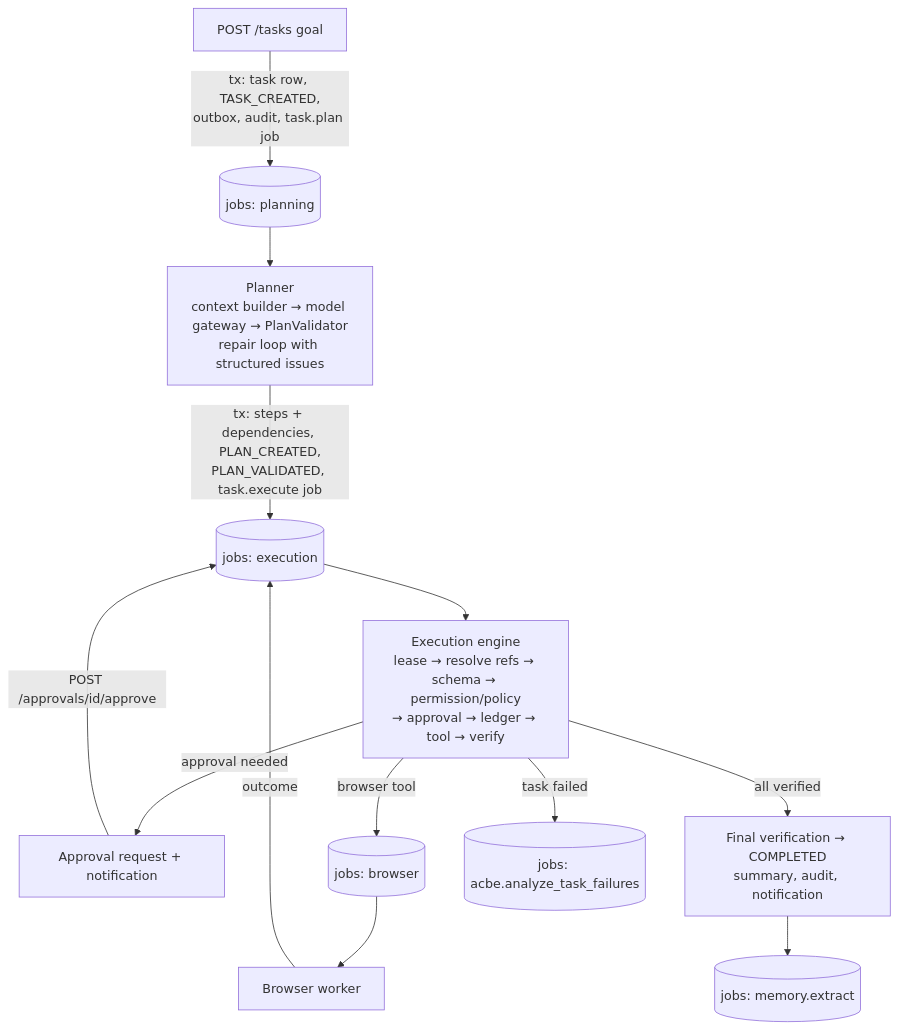
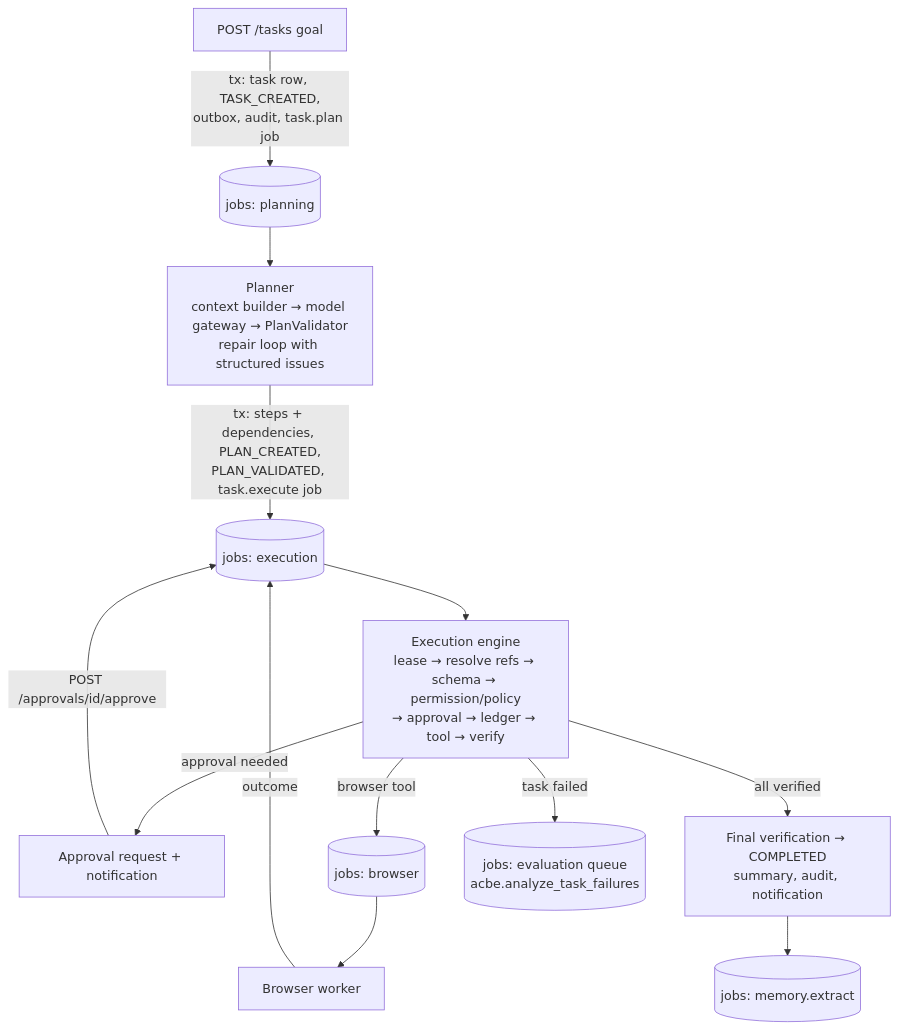
One commit to raitulh/Adaptive-Counterfactual-Browser-Evolution changed the fourth of 4 diagrams in backend/docs/architecture.md. Above: the diagram before and after it, drawn with Mermaid. The commit also changed other lines of this file and 17 other files, not shown here.

````diff
--- a/backend/docs/architecture.md
+++ b/backend/docs/architecture.md
@@ -199,13 +199,13 @@
 ```mermaid
 flowchart TD
     A[POST /tasks goal] -->|tx: task row, TASK_CREATED,<br/>outbox, audit, task.plan job| Q1[(jobs: planning)]
     Q1 --> P[Planner<br/>context builder → model gateway → PlanValidator<br/>repair loop with structured issues]
     P -->|tx: steps + dependencies, PLAN_CREATED,<br/>PLAN_VALIDATED, task.execute job| Q2[(jobs: execution)]
     Q2 --> E[Execution engine<br/>lease → resolve refs → schema → permission/policy<br/>→ approval → ledger → tool → verify]
     E -->|approval needed| AP[Approval request + notification]
     AP -->|POST /approvals/id/approve| Q2
     E -->|browser tool| B[(jobs: browser)] --> BW[Browser worker] -->|outcome| Q2
     E -->|all verified| S[Final verification → COMPLETED<br/>summary, audit, notification]
     S --> MEM[(jobs: memory.extract)]
-    E -->|task failed| AC[(jobs: acbe.analyze_task_failures)]
+    E -->|task failed| AC[(jobs: evaluation queue<br/>acbe.analyze_task_failures)]
 ```
````
